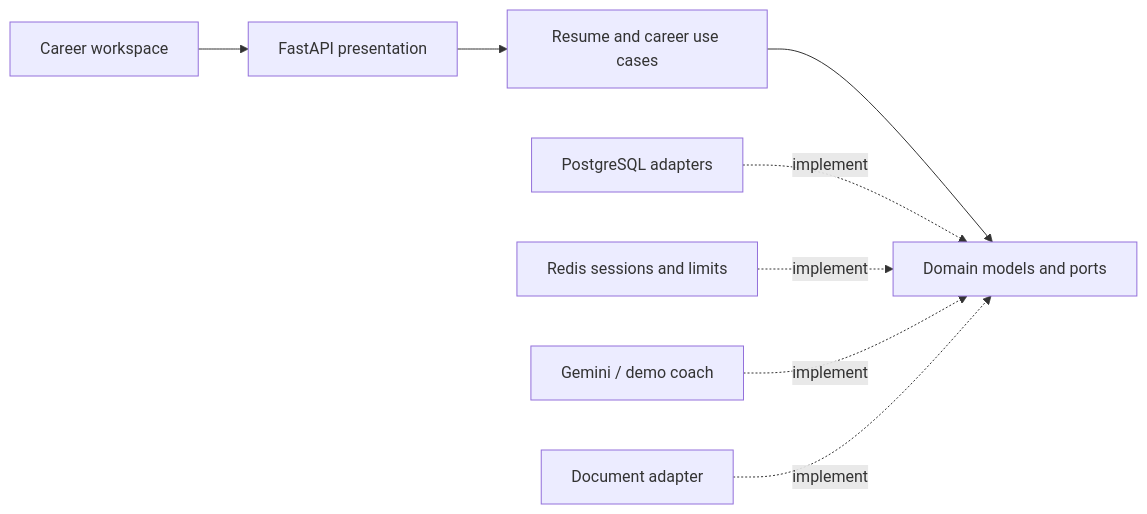
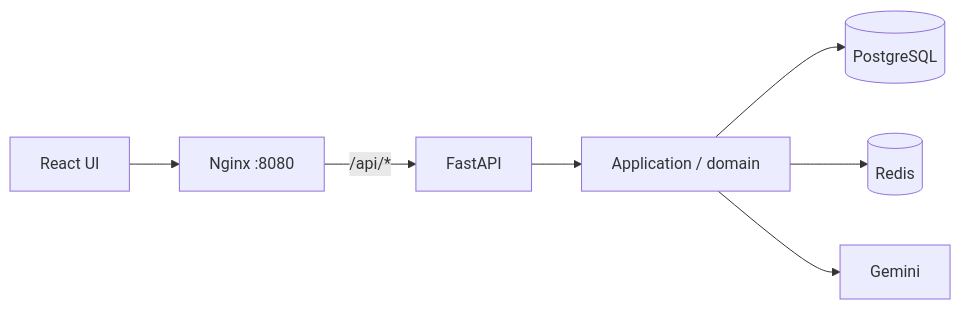
Before and after one commit to DaniyarAbikenov/gdg-aitu-hackhathon: the diagram in README.md, drawn with Mermaid. The commit also changed other lines of this file and 12 other files, not shown here.

Commit message:
Add monorepo CI and browser journeys for the original React application

````diff
--- a/README.md
+++ b/README.md
@@ -67,10 +35,9 @@
 ```mermaid
 flowchart LR
-  UI[Career workspace] --> HTTP[FastAPI presentation]
-  HTTP --> App[Resume and career use cases]
-  App --> Domain[Domain models and ports]
-  PG[PostgreSQL adapters] -. implement .-> Domain
-  Redis[Redis sessions and limits] -. implement .-> Domain
-  AI[Gemini / demo coach] -. implement .-> Domain
-  PDF[Document adapter] -. implement .-> Domain
+  Browser[React UI] --> Nginx[Nginx :8080]
+  Nginx -->|/api/*| API[FastAPI]
+  API --> UseCases[Application / domain]
+  UseCases --> PG[(PostgreSQL)]
+  UseCases --> Redis[(Redis)]
+  UseCases --> Gemini[Gemini]
 ```
````
